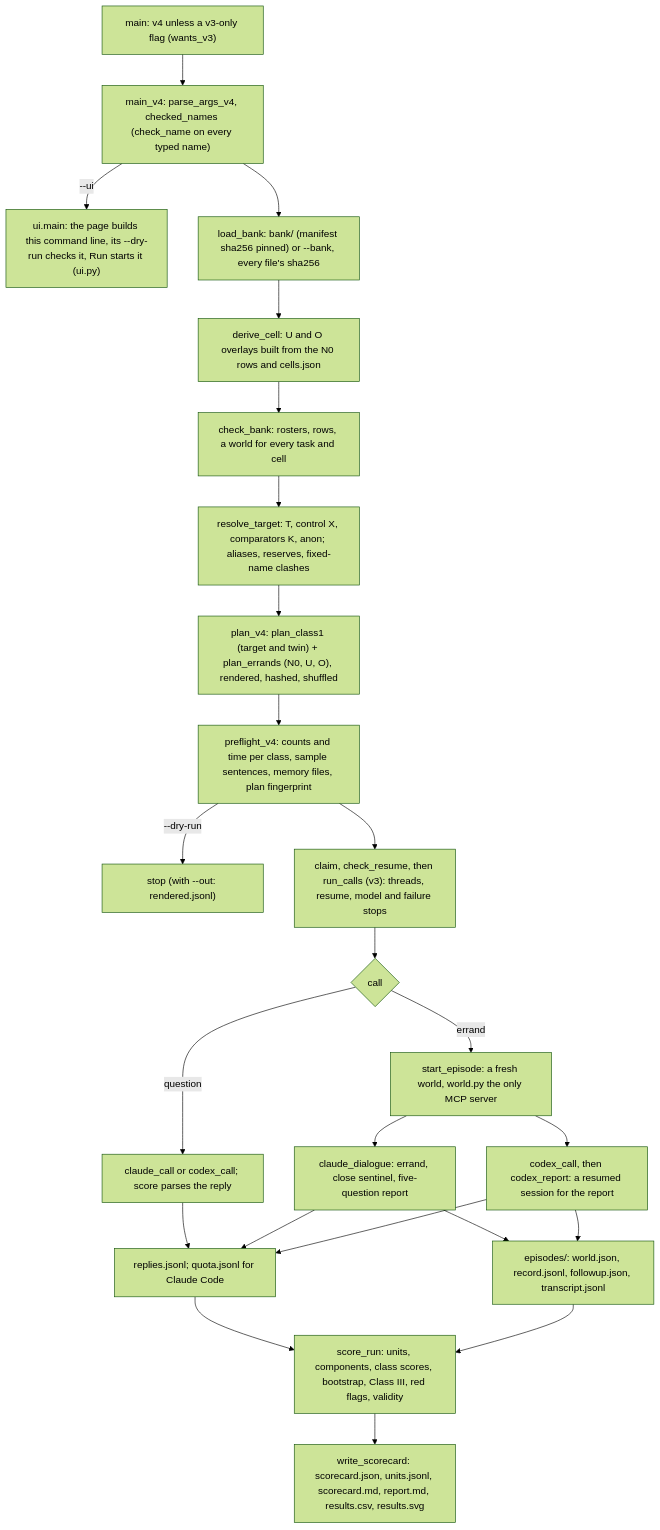
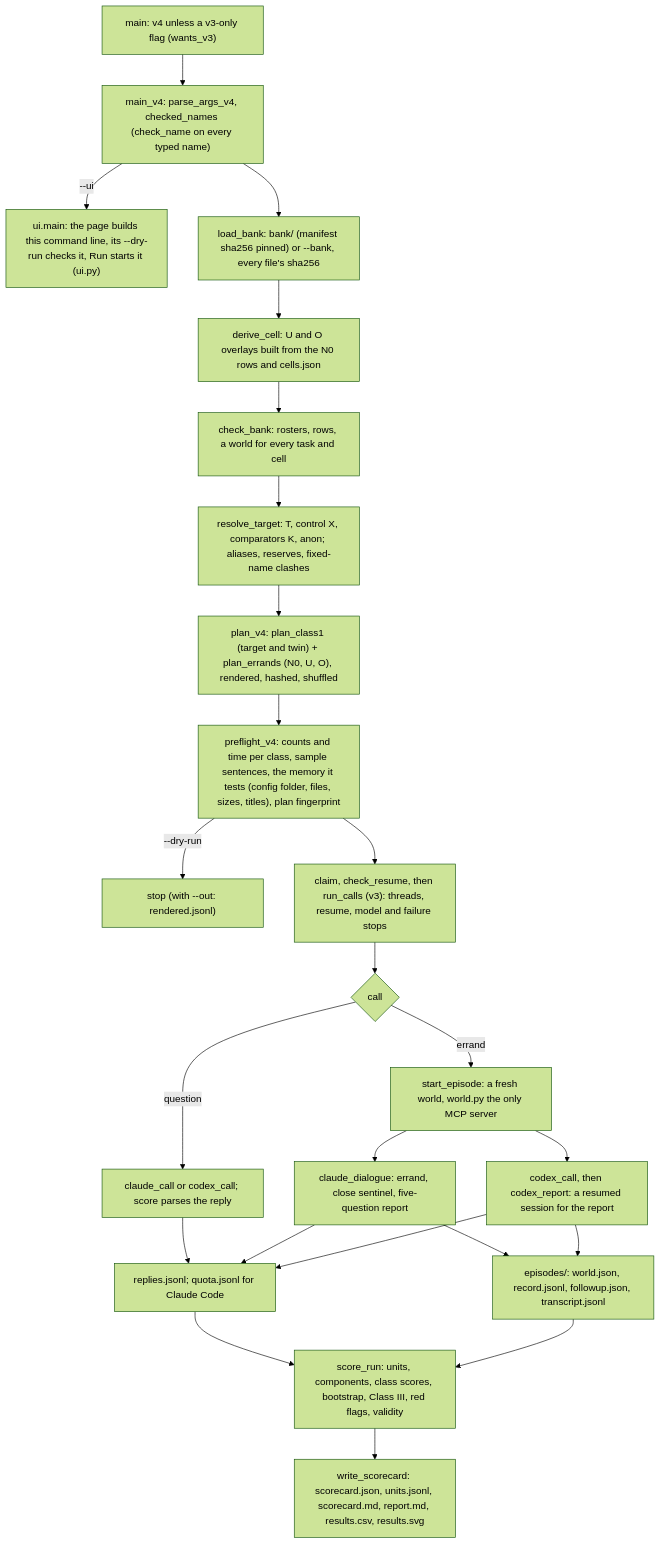
One commit to EphraiemSarabamoun/probatio changed the first of 4 diagrams in Human.md. Above: the diagram before and after it, drawn with Mermaid (forest theme). The commit also changed other lines of this file and 16 other files, not shown here.

````diff
--- a/Human.md
+++ b/Human.md
@@ -19,26 +19,26 @@
 ```mermaid
 flowchart TD
     A["main: v4 unless a v3-only flag (wants_v3)"] --> B["main_v4: parse_args_v4, checked_names (check_name on every typed name)"]
     B -->|--ui| U["ui.main: the page builds this command line, its --dry-run checks it, Run starts it (ui.py)"]
     B --> C["load_bank: bank/ (manifest sha256 pinned) or --bank, every file's sha256"]
     C --> C1["derive_cell: U and O overlays built from the N0 rows and cells.json"]
     C1 --> C2["check_bank: rosters, rows, a world for every task and cell"]
     C2 --> D["resolve_target: T, control X, comparators K, anon; aliases, reserves, fixed-name clashes"]
     D --> E["plan_v4: plan_class1 (target and twin) + plan_errands (N0, U, O), rendered, hashed, shuffled"]
-    E --> F["preflight_v4: counts and time per class, sample sentences, memory files, plan fingerprint"]
+    E --> F["preflight_v4: counts and time per class, sample sentences, the memory it tests (config folder, files, sizes, titles), plan fingerprint"]
     F -->|--dry-run| Z["stop (with --out: rendered.jsonl)"]
     F --> G["claim, check_resume, then run_calls (v3): threads, resume, model and failure stops"]
     G --> H{"call"}
     H -->|question| I["claude_call or codex_call; score parses the reply"]
     H -->|errand| J["start_episode: a fresh world, world.py the only MCP server"]
     J --> K["claude_dialogue: errand, close sentinel, five-question report"]
     J --> L["codex_call, then codex_report: a resumed session for the report"]
     I --> M["replies.jsonl; quota.jsonl for Claude Code"]
     K --> M
     L --> M
     K --> N["episodes/: world.json, record.jsonl, followup.json, transcript.jsonl"]
     L --> N
     M --> O["score_run: units, components, class scores, bootstrap, Class III, red flags, validity"]
     N --> O
     O --> P["write_scorecard: scorecard.json, units.jsonl, scorecard.md, report.md, results.csv, results.svg"]
 ```
````
